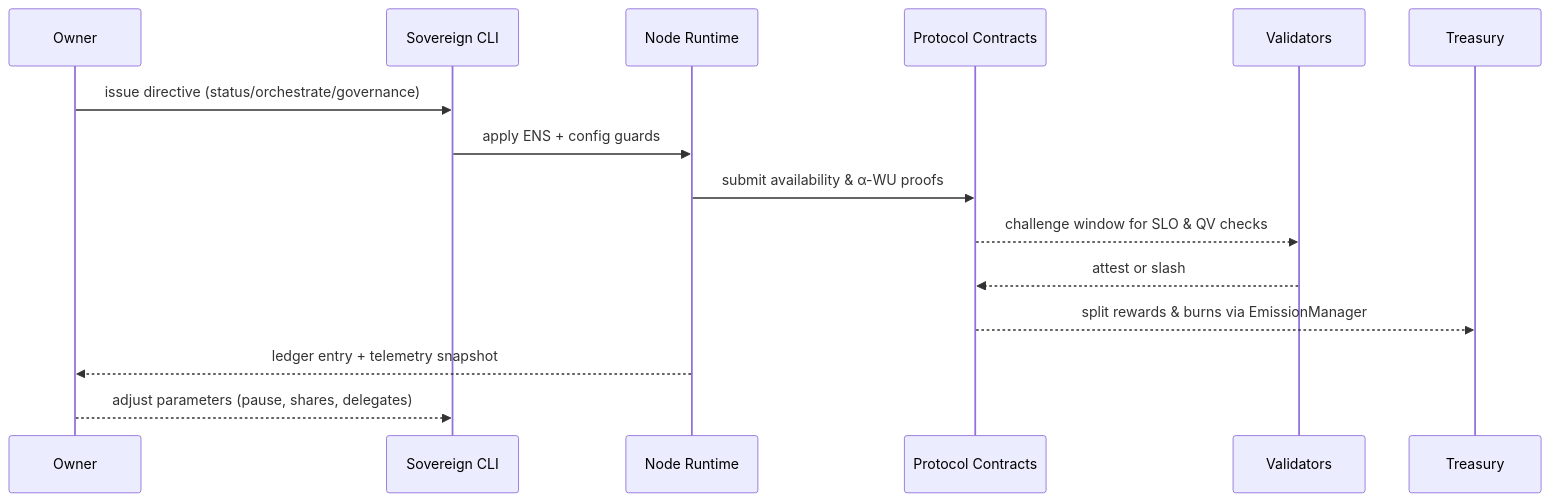
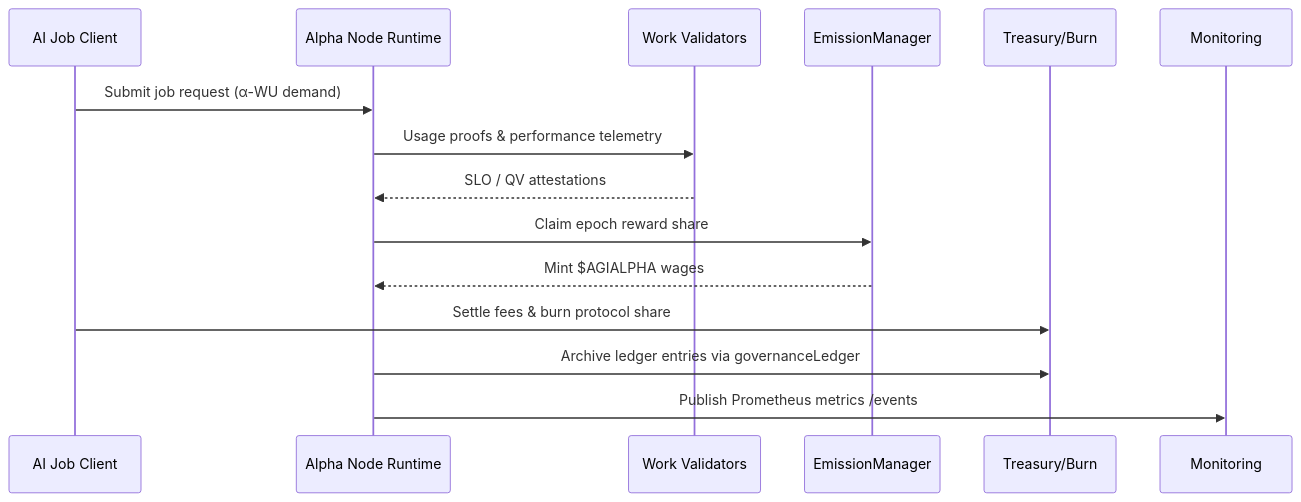
One commit to MontrealAI/AGI-Alpha-Node-v0 changed the second of 2 diagrams in README.md. Above: the diagram before and after it, drawn with Mermaid. The commit also changed other lines of this file and 1 other file, not shown here.

Commit message:
Add telemetry metrics tests and refresh README

````diff
--- a/README.md
+++ b/README.md
@@ -279,18 +158,17 @@
 ```mermaid
 sequenceDiagram
-  participant Owner
-  participant CLI as Sovereign CLI
-  participant Runtime as Node Runtime
-  participant Protocol as Protocol Contracts
-  participant Validators
-  participant Treasury
+  participant Client as AI Job Client
+  participant Node as Alpha Node Runtime
+  participant Validators as Work Validators
+  participant Emission as EmissionManager
+  participant Treasury as Treasury/Burn
 
-  Owner->>CLI: issue directive (status/orchestrate/governance)
-  CLI->>Runtime: apply ENS + config guards
-  Runtime->>Protocol: submit availability & α-WU proofs
-  Protocol-->>Validators: challenge window for SLO & QV checks
-  Validators-->>Protocol: attest or slash
-  Protocol-->>Treasury: split rewards & burns via EmissionManager
-  Runtime-->>Owner: ledger entry + telemetry snapshot
-  Owner-->>CLI: adjust parameters (pause, shares, delegates)
+  Client->>Node: Submit job request (α-WU demand)
+  Node->>Validators: Usage proofs & performance telemetry
+  Validators-->>Node: SLO / QV attestations
+  Node->>Emission: Claim epoch reward share
+  Emission-->>Node: Mint $AGIALPHA wages
+  Client->>Treasury: Settle fees & burn protocol share
+  Node->>Treasury: Archive ledger entries via governanceLedger
+  Node->>Monitoring: Publish Prometheus metrics /events
 ```
````
